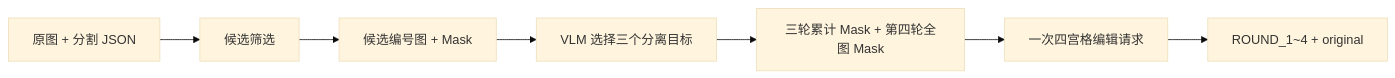
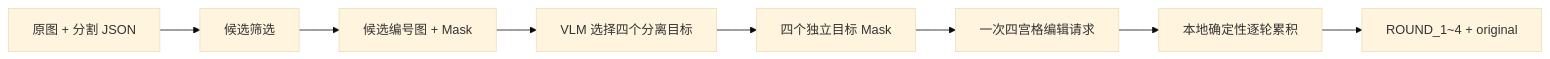
One commit to WolfRanok/CascadeForge changed the diagram in README.md. Above: the diagram before and after it, drawn with Mermaid (base theme). The commit also changed other lines of this file and 5 other files, not shown here.

````diff
--- a/README.md
+++ b/README.md
@@ -21,9 +21,10 @@
 ```mermaid
 flowchart LR
     A[原图 + 分割 JSON] --> B[候选筛选]
     B --> C[候选编号图 + Mask]
-    C --> D[VLM 选择三个分离目标]
-    D --> E[三轮累计 Mask + 第四轮全图 Mask]
+    C --> D[VLM 选择四个分离目标]
+    D --> E[四个独立目标 Mask]
     E --> F[一次四宫格编辑请求]
-    F --> G[ROUND_1~4 + original]
+    F --> G[本地确定性逐轮累积]
+    G --> H[ROUND_1~4 + original]
 ```
````
